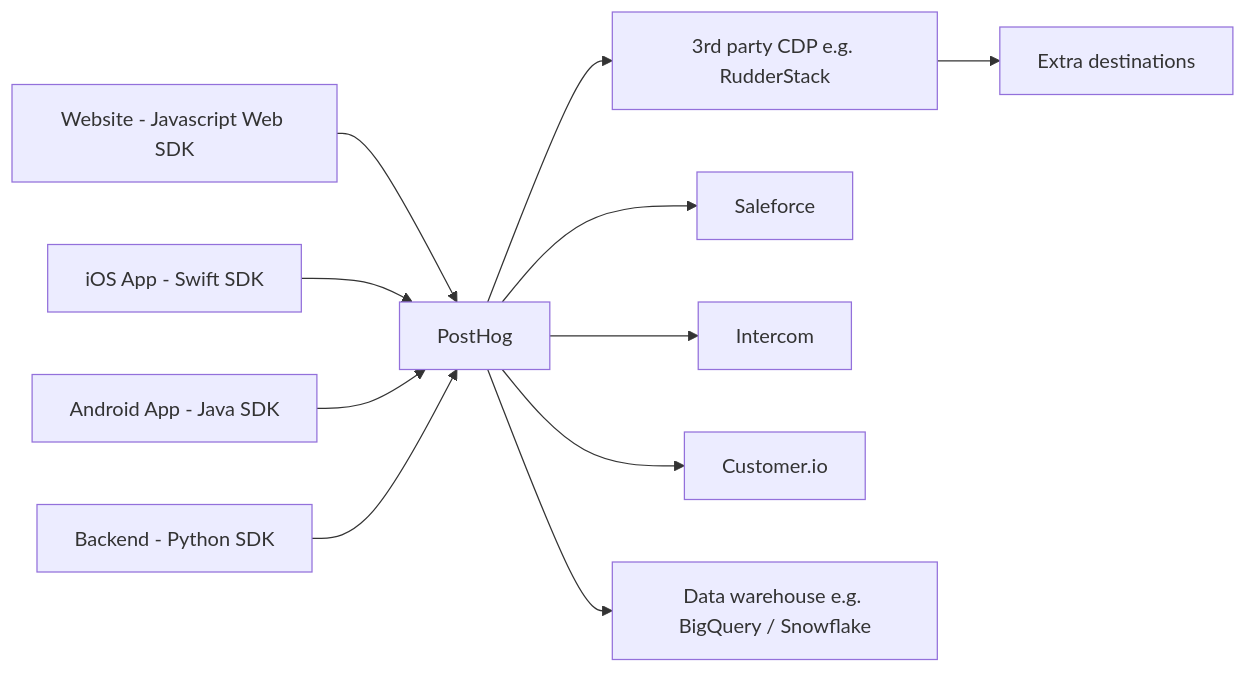
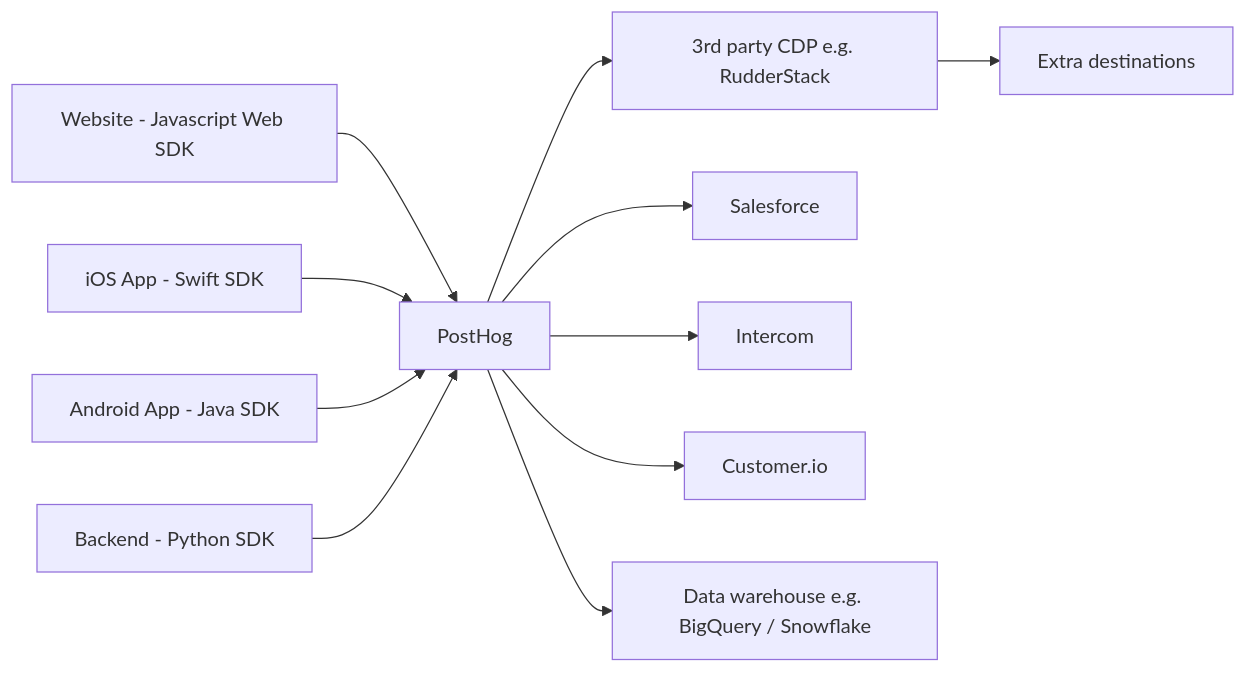
The third of 4 diagrams in vault/packages/posthog/latest/contents/advanced/cdp.md (olorehq/olore), drawn with Mermaid before and after one commit. The commit also changed other lines of this file and 26351 other files, not shown here.

````diff
--- a/vault/packages/posthog/latest/contents/advanced/cdp.md
+++ b/vault/packages/posthog/latest/contents/advanced/cdp.md
@@ -70,13 +70,13 @@
 ```mermaid
 graph LR
 A[Website - Javascript Web SDK] --> B[PostHog]
 C[iOS App - Swift SDK] --> B[PostHog]
 D[Android App - Java SDK] --> B[PostHog]
 E[Backend - Python SDK] --> B[PostHog]
 B --> G
 G[3rd party CDP e.g. RudderStack] --> N[Extra destinations]
-B --> H[Saleforce]
+B --> H[Salesforce]
 B --> I[Intercom]
 B --> K[Customer.io]
 B --> F[Data warehouse e.g. BigQuery / Snowflake]
 ```
````
